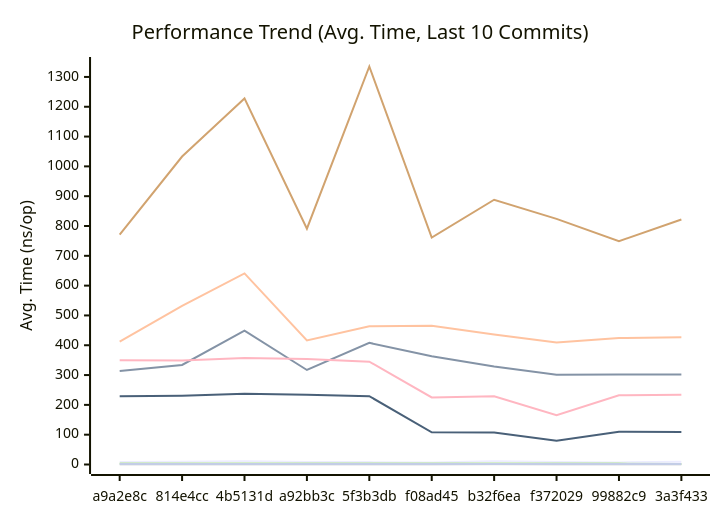
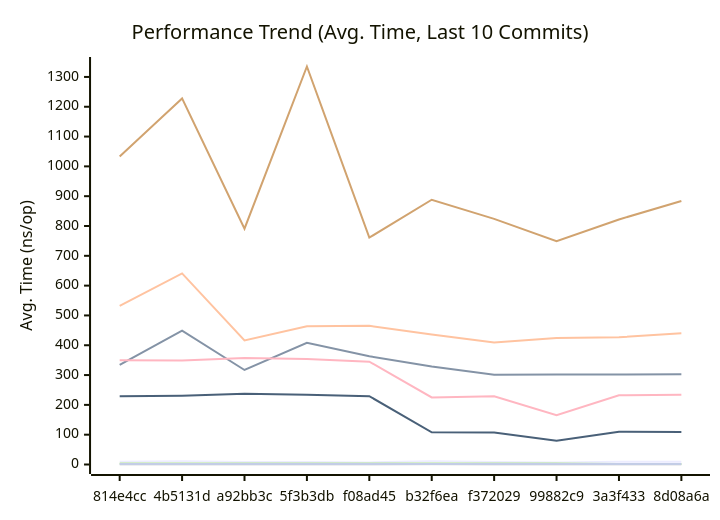
Before and after one commit to alsotoes/momo: the first of 3 diagrams in docs/PERFORMANCE.md, drawn with Mermaid. The commit also changed other lines of this file and 2 other files, not shown here.

````diff
--- a/docs/PERFORMANCE.md
+++ b/docs/PERFORMANCE.md
@@ -80,16 +80,16 @@
 ```mermaid
 xychart-beta
     title "Performance Trend (Avg. Time, Last 10 Commits)"
     x-axis "Commit"
     y-axis "Avg. Time (ns/op)"
-    x-axis [a9a2e8c,814e4cc,4b5131d,a92bb3c,5f3b3db,f08ad45,b32f6ea,f372029,99882c9,3a3f433]
-    line "CheckMetricsAndSwap" [8,9,11,8,8,7,11,8,7,9]
-    line "CrushOptimized" [314,334,449,317,408,363,329,301,302,302]
-    line "CrushOriginal" [412,532,641,416,464,465,436,409,424,427]
-    line "IndexDirectTracking" [0,0,0,0,0,0,1,0,0,0]
-    line "IndexSearch" [3,3,3,3,3,3,3,3,3,2]
-    line "LoadGlobalConfig" [771,1033,1228,791,1335,761,888,824,749,822]
+    x-axis [814e4cc,4b5131d,a92bb3c,5f3b3db,f08ad45,b32f6ea,f372029,99882c9,3a3f433,8d08a6a]
+    line "CheckMetricsAndSwap" [9,11,8,8,7,11,8,7,9,9]
+    line "CrushOptimized" [334,449,317,408,363,329,301,302,302,303]
+    line "CrushOriginal" [532,641,416,464,465,436,409,424,427,440]
+    line "IndexDirectTracking" [0,0,0,0,0,1,0,0,0,0]
+    line "IndexSearch" [3,3,3,3,3,3,3,3,2,2]
+    line "LoadGlobalConfig" [1033,1228,791,1335,761,888,824,749,822,884]
     line "PadString" [2,2,2,2,2,2,2,2,2,2]
     line "ParseReplicationOrder_NoPrealloc" [350,349,357,354,345,225,229,165,232,234]
     line "ParseReplicationOrder_Prealloc" [229,231,237,234,229,108,107,80,110,109]
 ```
````
